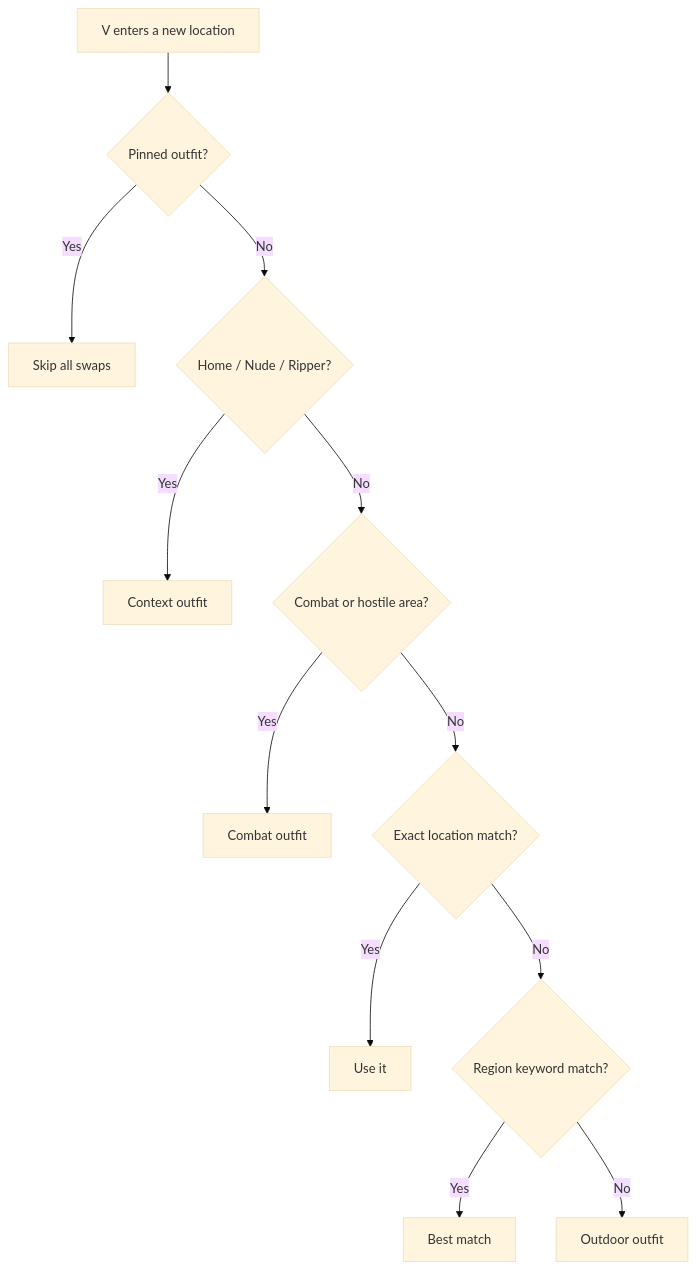
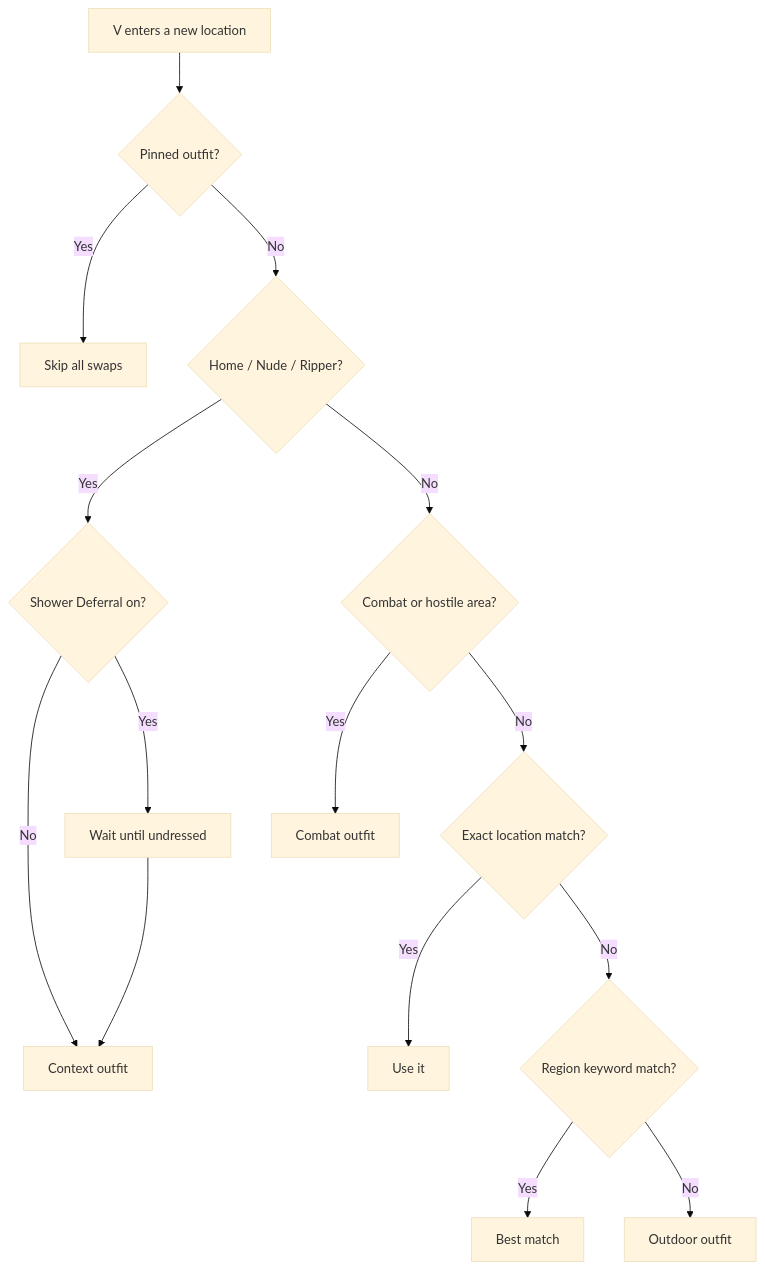
One commit to Yorivel/Dynamic-Wardrobe changed the diagram in docs/priority.md. Above: the diagram before and after it, drawn with Mermaid (base theme).

````diff
--- a/docs/priority.md
+++ b/docs/priority.md
@@ -39,14 +39,17 @@
 ```mermaid
 flowchart TD
     A[V enters a new location] --> B{Pinned outfit?}
     B -- Yes --> C[Skip all swaps]
     B -- No --> D{Home / Nude / Ripper?}
-    D -- Yes --> E[Context outfit]
-    D -- No --> F{Combat or hostile area?}
-    F -- Yes --> G[Combat outfit]
-    F -- No --> H{Exact location match?}
-    H -- Yes --> I[Use it]
-    H -- No --> J{Region keyword match?}
-    J -- Yes --> K[Best match]
-    J -- No --> L[Outdoor outfit]
+    D -- Yes --> E{Shower Deferral on?}
+    E -- No --> F[Context outfit]
+    E -- Yes --> G[Wait until undressed]
+    G --> F
+    D -- No --> H{Combat or hostile area?}
+    H -- Yes --> I[Combat outfit]
+    H -- No --> J{Exact location match?}
+    J -- Yes --> K[Use it]
+    J -- No --> L{Region keyword match?}
+    L -- Yes --> M[Best match]
+    L -- No --> N[Outdoor outfit]
 ```
````
